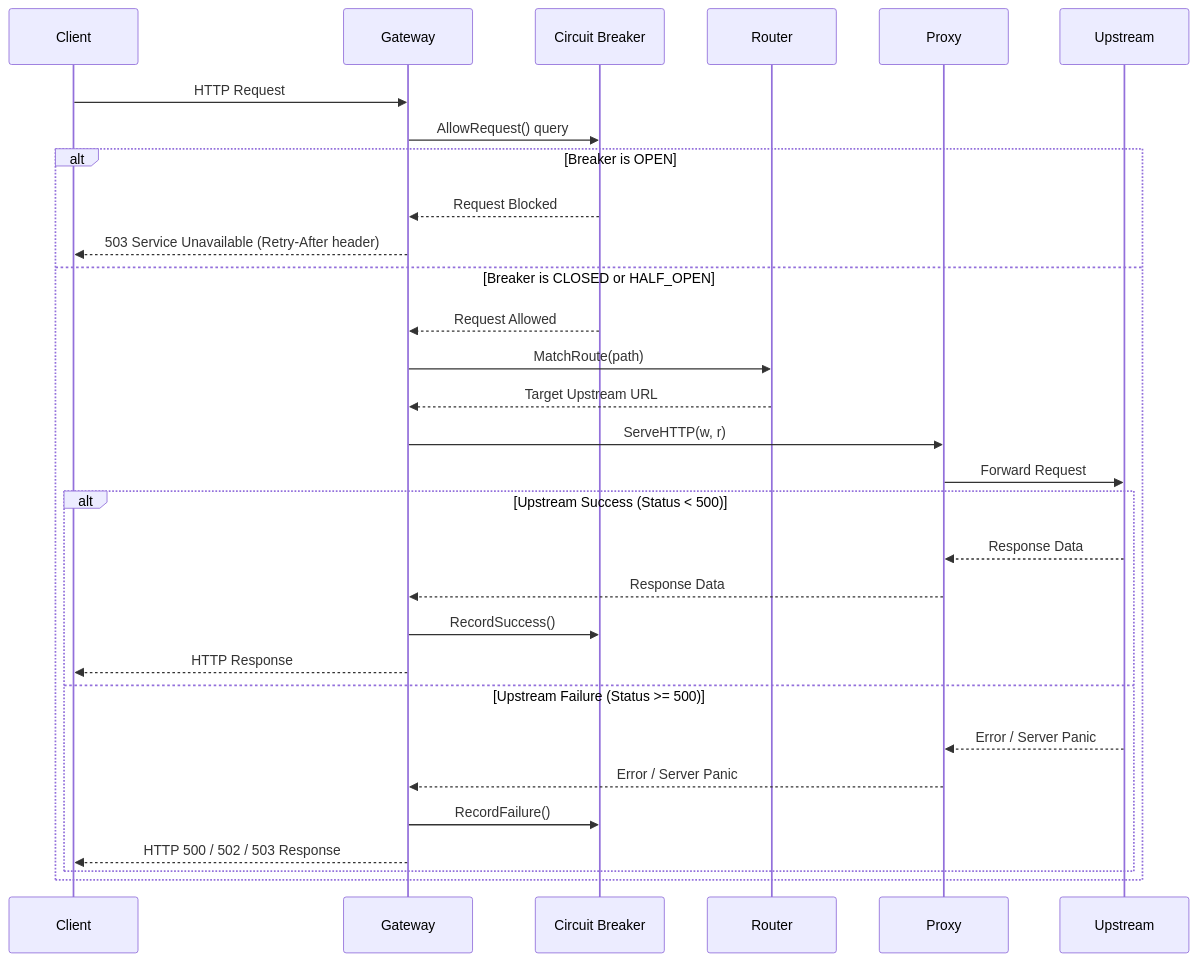
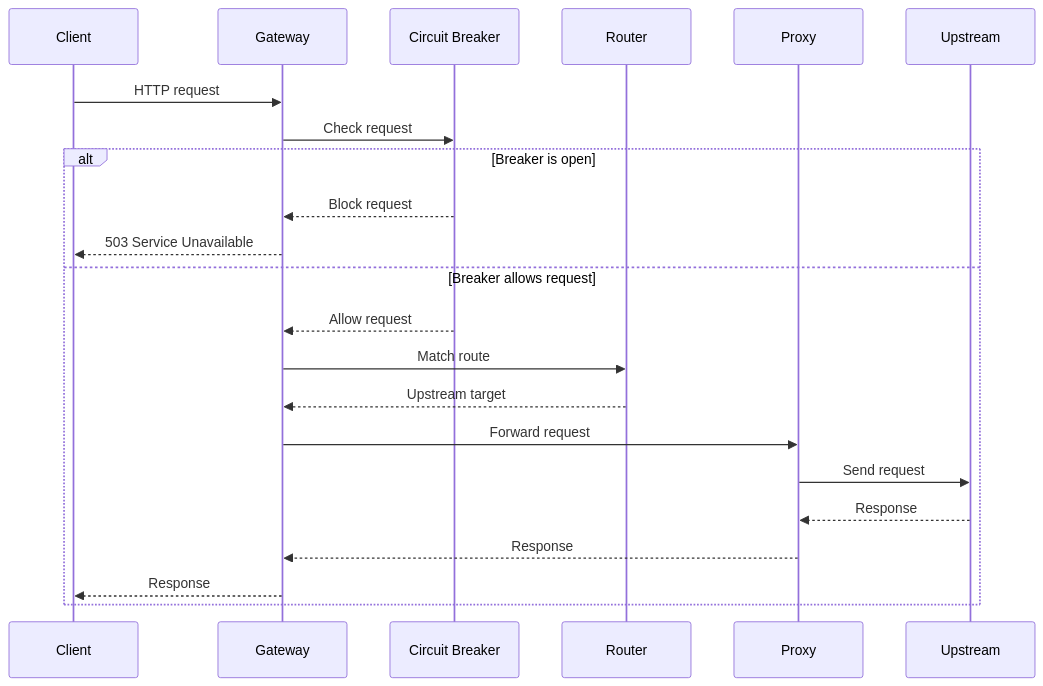
The second of 2 diagrams in README.md (jhanvi857/Vexor), drawn with Mermaid before and after one commit. The commit also changed other lines of this file, not shown here.

````diff
--- a/README.md
+++ b/README.md
@@ -32,35 +27,26 @@
 ```mermaid
 sequenceDiagram
     participant Client
     participant Gateway
     participant Breaker as Circuit Breaker
     participant Router
     participant Proxy
     participant Upstream
 
-    Client->>Gateway: HTTP Request
-    Gateway->>Breaker: AllowRequest() query
-    
-    alt Breaker is OPEN
-        Breaker-->>Gateway: Request Blocked
-        Gateway-->>Client: 503 Service Unavailable (Retry-After header)
-    else Breaker is CLOSED or HALF_OPEN
-        Breaker-->>Gateway: Request Allowed
-        Gateway->>Router: MatchRoute(path)
-        Router-->>Gateway: Target Upstream URL
-        Gateway->>Proxy: ServeHTTP(w, r)
-        Proxy->>Upstream: Forward Request
-        
-        alt Upstream Success (Status < 500)
-            Upstream-->>Proxy: Response Data
-            Proxy-->>Gateway: Response Data
-            Gateway->>Breaker: RecordSuccess()
-            Gateway-->>Client: HTTP Response
-        else Upstream Failure (Status >= 500)
-            Upstream-->>Proxy: Error / Server Panic
-            Proxy-->>Gateway: Error / Server Panic
-            Gateway->>Breaker: RecordFailure()
-            Gateway-->>Client: HTTP 500 / 502 / 503 Response
-        end
+    Client->>Gateway: HTTP request
+    Gateway->>Breaker: Check request
+
+    alt Breaker is open
+        Breaker-->>Gateway: Block request
+        Gateway-->>Client: 503 Service Unavailable
+    else Breaker allows request
+        Breaker-->>Gateway: Allow request
+        Gateway->>Router: Match route
+        Router-->>Gateway: Upstream target
+        Gateway->>Proxy: Forward request
+        Proxy->>Upstream: Send request
+        Upstream-->>Proxy: Response
+        Proxy-->>Gateway: Response
+        Gateway-->>Client: Response
     end
 ```
````
